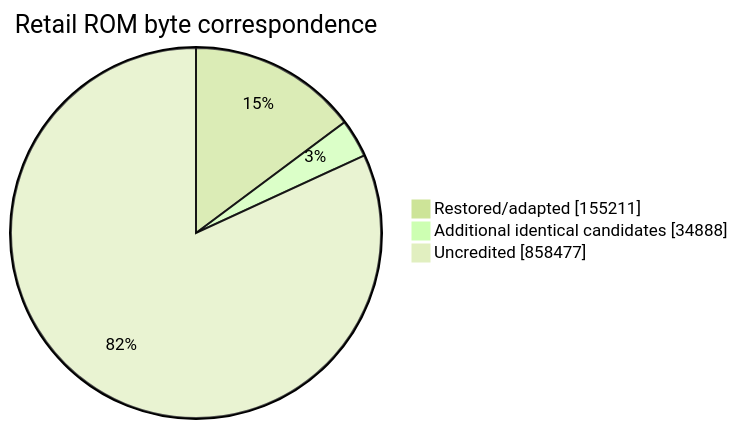
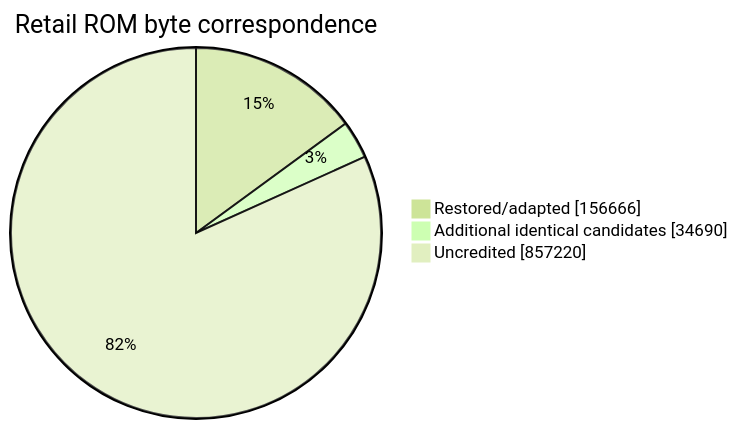
One commit to NachtRaveVL/stuntracefx changed the second of 2 diagrams in readme.md. Above: the diagram before and after it, drawn with Mermaid (forest theme). The commit also changed other lines of this file and 4 other files, not shown here.

````diff
--- a/readme.md
+++ b/readme.md
@@ -106,7 +106,7 @@
 ```mermaid
 pie showData
     title Retail ROM byte correspondence
-    "Restored/adapted" : 155211
-    "Additional identical candidates" : 34888
-    "Uncredited" : 858477
+    "Restored/adapted" : 156666
+    "Additional identical candidates" : 34690
+    "Uncredited" : 857220
 ```
````
